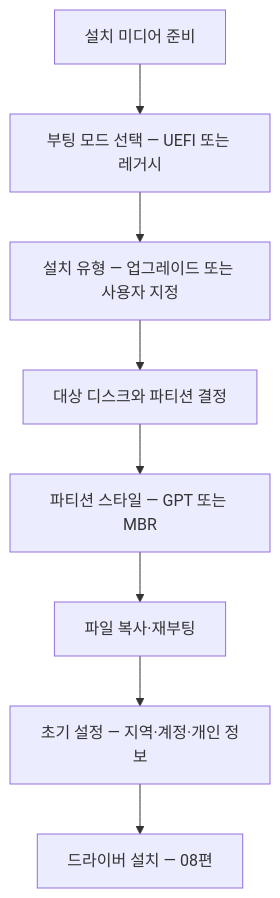
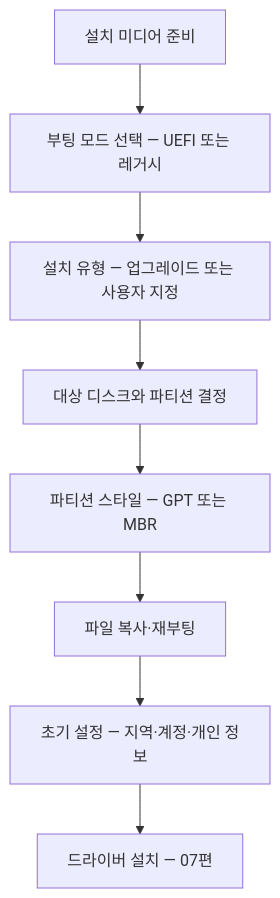
One commit to zenoK80/zeno-ai-docs changed the first of 2 diagrams in content/자격증/PC정비사_2급_실기/06_windows-installation-flow.mdx. Above: the diagram before and after it, drawn with Mermaid. The commit also changed other lines of this file and 1368 other files, not shown here.

````diff
--- a/content/자격증/PC정비사_2급_실기/06_windows-installation-flow.mdx
+++ b/content/자격증/PC정비사_2급_실기/06_windows-installation-flow.mdx
@@ -14,10 +10,10 @@
 ```mermaid
 graph TD
   A[설치 미디어 준비] --> B[부팅 모드 선택 — UEFI 또는 레거시]
   B --> C[설치 유형 — 업그레이드 또는 사용자 지정]
   C --> D[대상 디스크와 파티션 결정]
   D --> E[파티션 스타일 — GPT 또는 MBR]
   E --> F[파일 복사·재부팅]
   F --> G[초기 설정 — 지역·계정·개인 정보]
-  G --> H[드라이버 설치 — 08편]
+  G --> H[드라이버 설치 — 07편]
 ```
````
